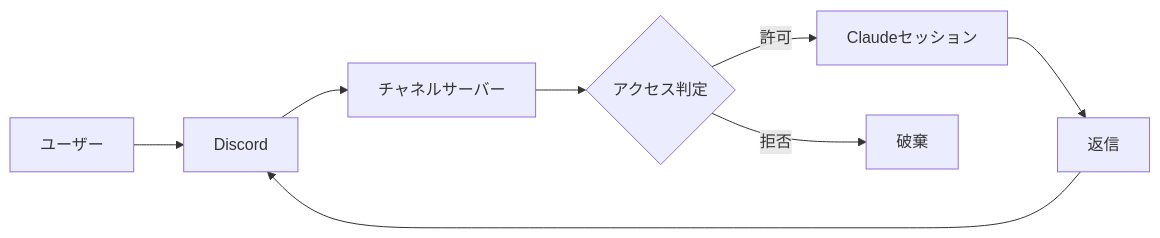
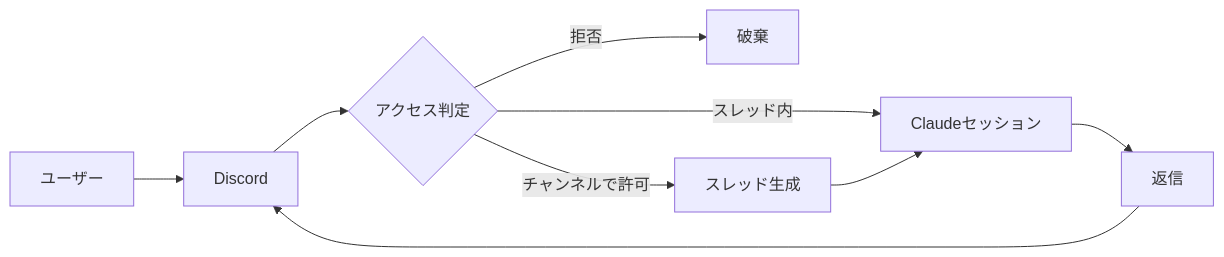
The diagram in README.md (yjn279/jarvis), drawn with Mermaid before and after one commit. The commit also changed other lines of this file and 9 other files, not shown here.

First line of the commit message:
feat: fork official discord channel plugin and add auto thread creation

````diff
--- a/README.md
+++ b/README.md
@@ -11,10 +11,11 @@
 ```mermaid
 flowchart LR
   user[ユーザー] --> discord[Discord]
-  discord --> server[チャネルサーバー]
-  server --> gate{アクセス判定}
-  gate -->|許可| claude[Claudeセッション]
+  discord --> gate{アクセス判定}
   gate -->|拒否| drop[破棄]
+  gate -->|チャンネルで許可| thread[スレッド生成]
+  gate -->|スレッド内| claude[Claudeセッション]
+  thread --> claude
   claude --> reply[返信]
   reply --> discord
 ```
````
